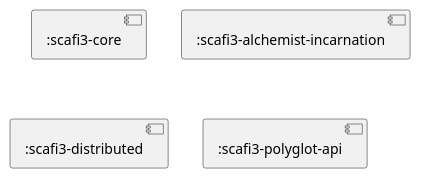
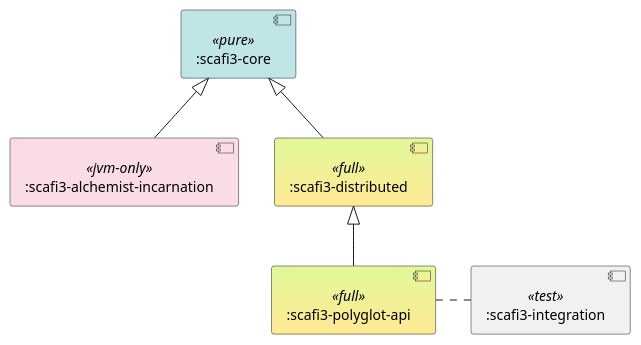
The diagram in resources/schemas/scafi3-architecture.puml (tassiluca/scafi3-mp-api-thesis), drawn with PlantUML before and after one commit. The commit also changed 8 other files, not shown here.

```diff
--- a/resources/schemas/scafi3-architecture.puml
+++ b/resources/schemas/scafi3-architecture.puml
@@ -1,20 +1,24 @@
 @startuml scafi3-architecture
 
 skinparam component {
-    BackgroundColor<<registry-server>> White
-    BackgroundColor<<executable>> #ccffcc
-    BackgroundColor<<test>> cyan
+    BackgroundColor<<jvm-only>> #fadce8ff
+    BackgroundColor<<pure>> #c0e5e7ff
+    BackgroundColor<<full>> #e1f89aff-ffe993ff
 }
-skinparam DatabaseBackgroundColor LightYellow
 
-component ":scafi3-core"
+component ":scafi3-core" as core <<pure>>
 
-component ":scafi3-alchemist-incarnation"
+component ":scafi3-alchemist-incarnation" as alchemist <<jvm-only>>
 
-component ":scafi3-distributed"
+component ":scafi3-distributed" as distributed <<full>>
 
-component ":scafi3-polyglot-api"
+component ":scafi3-polyglot-api" as polyglot <<full>>
 
+component ":scafi3-integration" as integration <<test>>
 
+core <|-- alchemist
+core <|-- distributed
+distributed <|-- polyglot
+polyglot . integration
 
 @enduml
```
